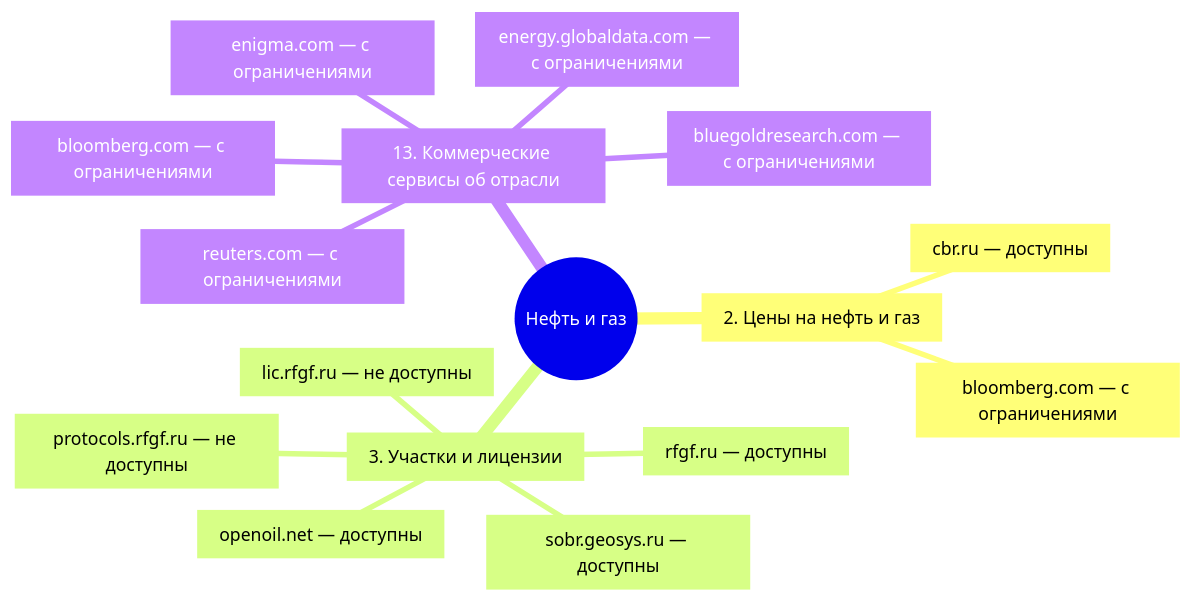
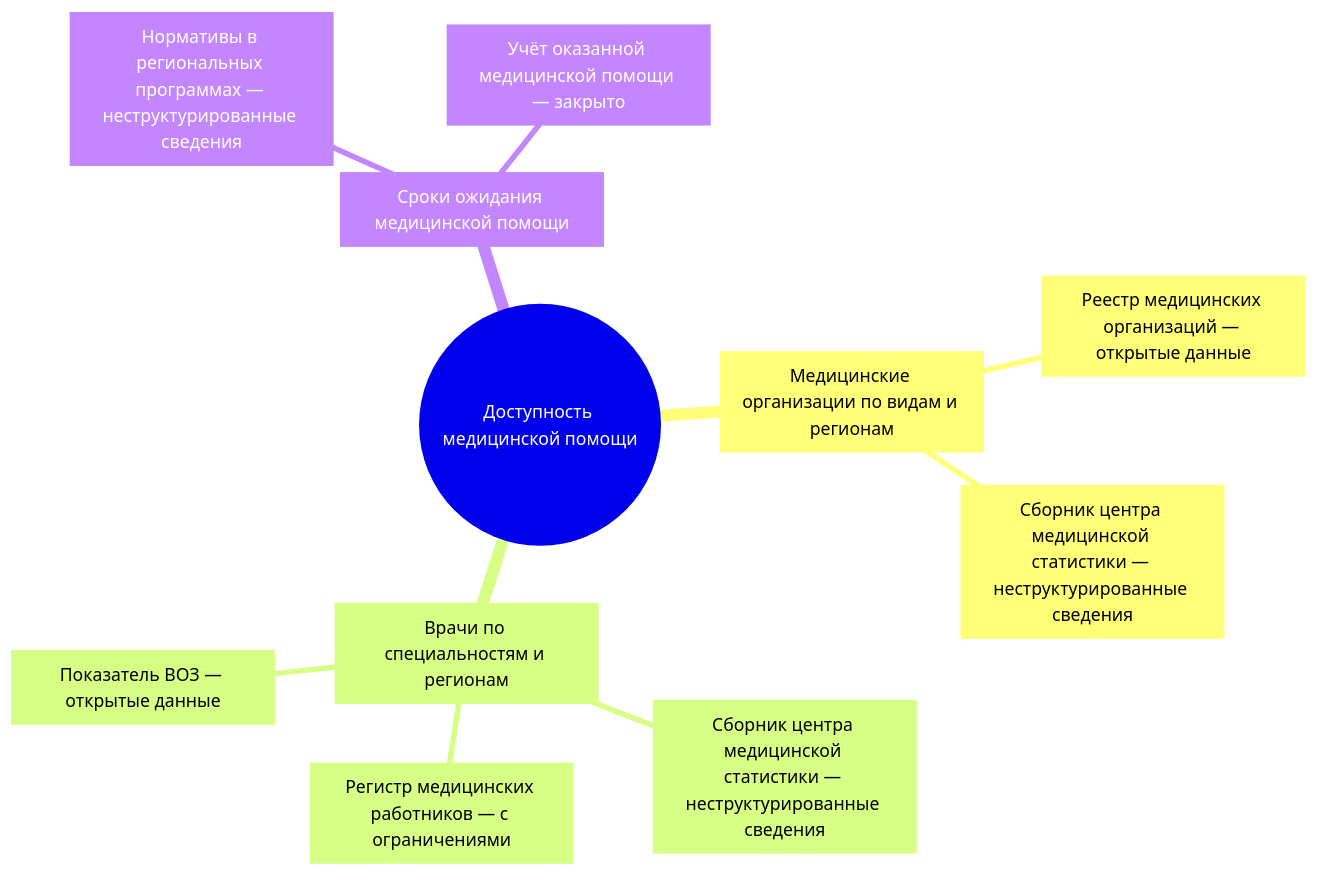
One commit to ivbeg/data-inventory changed the second of 3 diagrams in docs/06-tools/02-mindmaps-and-boards.md. Above: the diagram before and after it, drawn with Mermaid. The commit also changed other lines of this file and 88 other files, not shown here.

````diff
--- a/docs/06-tools/02-mindmaps-and-boards.md
+++ b/docs/06-tools/02-mindmaps-and-boards.md
@@ -164,19 +163,14 @@
 ```mermaid
 mindmap
-  root((Нефть и газ))
-    q2[2. Цены на нефть и газ]
-      a1[bloomberg.com — с ограничениями]
-      a2[cbr.ru — доступны]
-    q3[3. Участки и лицензии]
-      a3[rfgf.ru — доступны]
-      a4[openoil.net — доступны]
-      a5[sobr.geosys.ru — доступны]
-      a6[lic.rfgf.ru — не доступны]
-      a7[protocols.rfgf.ru — не доступны]
-    q13[13. Коммерческие сервисы об отрасли]
-      a8[bloomberg.com — с ограничениями]
-      a9[reuters.com — с ограничениями]
-      a10[enigma.com — с ограничениями]
-      a11[bluegoldresearch.com — с ограничениями]
-      a12[energy.globaldata.com — с ограничениями]
+  root((Доступность медицинской помощи))
+    q1[Медицинские организации по видам и регионам]
+      a1[Реестр медицинских организаций — открытые данные]
+      a2[Сборник центра медицинской статистики — неструктурированные сведения]
+    q2[Врачи по специальностям и регионам]
+      a3[Сборник центра медицинской статистики — неструктурированные сведения]
+      a4[Регистр медицинских работников — с ограничениями]
+      a5[Показатель ВОЗ — открытые данные]
+    q3[Сроки ожидания медицинской помощи]
+      a6[Нормативы в региональных программах — неструктурированные сведения]
+      a7[Учёт оказанной медицинской помощи — закрыто]
 ```
````
